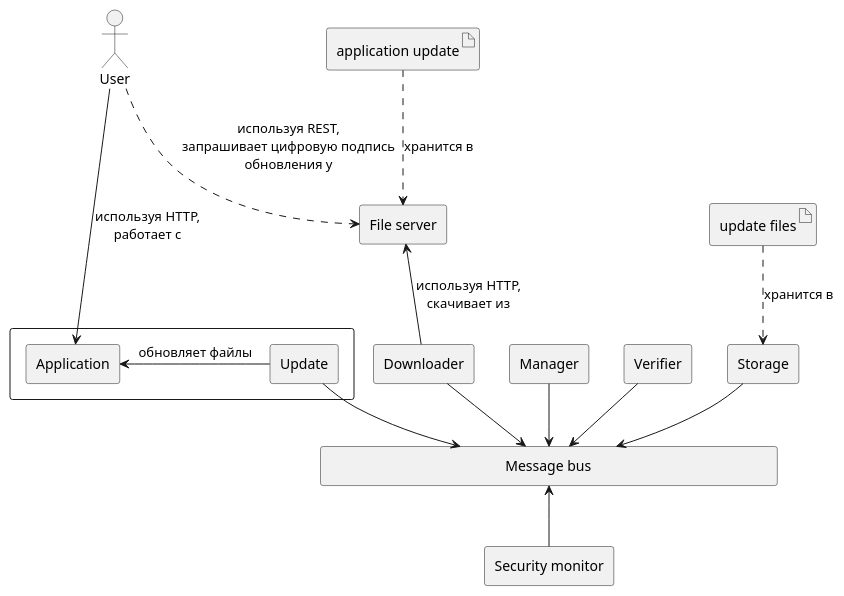
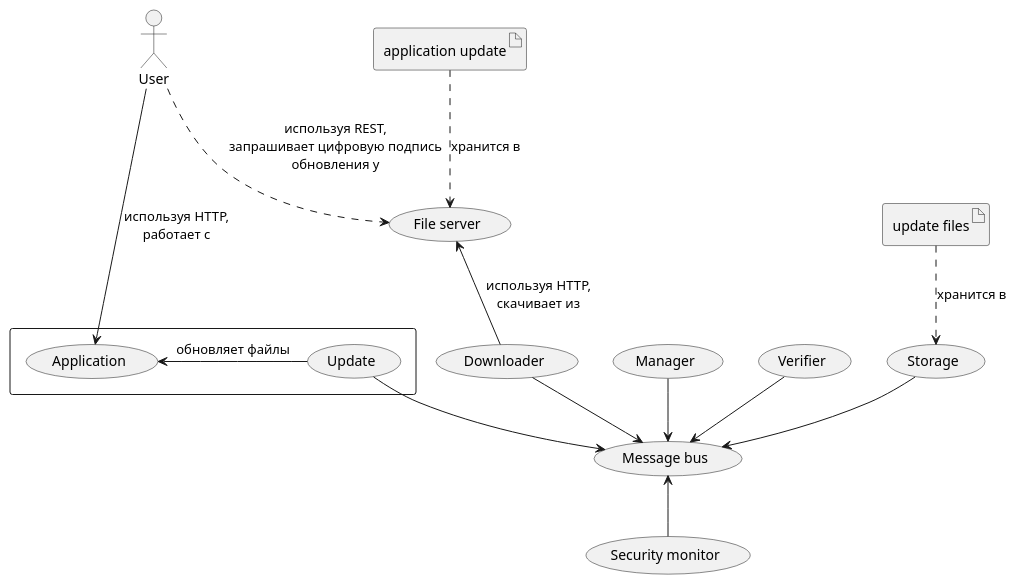
Before and after one commit to sergey-sobolev/secure-update: the diagram in docs/report/hla.puml, drawn with PlantUML. The commit also changed 9 other files, not shown here.

```diff
--- a/docs/report/hla.puml
+++ b/docs/report/hla.puml
@@ -1,35 +1,35 @@
 @startuml
 
 
 rectangle {
-    rectangle Update
-    rectangle Application
+    (Update)
+    (Application)
 }
 
 :User: ---> Application: используя HTTP,\nработает с
 Application <- Update: обновляет файлы
 
-rectangle Manager
-rectangle "File server" as server
-rectangle Downloader as downloader
-rectangle Verifier
-rectangle Storage
-rectangle "\t\t\t\t\t\tMessage bus\t\t\t\t\t\t\t" as kafka
-rectangle "Security monitor" as monitor
+(Manager)
+(File server) as server
+(Downloader) as downloader
+(Verifier)
+(Storage)
+(Message bus) as kafka
+(Security monitor) as monitor
 artifact "application update" as update
 artifact "update files" as updates
 
 update ..> server: хранится в
 :User: ..> server: используя REST,\nзапрашивает цифровую подпись\nобновления у
 downloader -up-> server: используя HTTP,\nскачивает из
 updates ..> Storage: хранится в
 
 Update -down-> kafka
 downloader -down-> kafka
 Storage -down-> kafka
 Manager -down-> kafka
 Verifier -down-> kafka
 monitor -up-> kafka
 
 
 @enduml
```
